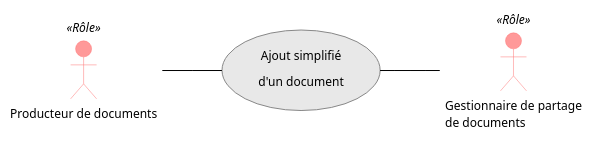
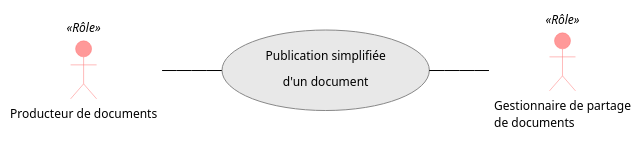
One commit to ansforge/IG-fhir-partage-de-documents-de-sante changed the diagram in input/images-source/fig_16.plantuml. Above: the diagram before and after it, drawn with PlantUML. The commit also changed 12 other files, not shown here.

```diff
--- a/input/images-source/fig_16.plantuml
+++ b/input/images-source/fig_16.plantuml
@@ -1,29 +1,29 @@
 @startuml
 skinparam backgroundColor white
 skinparam DefaultFontName Arial
 skinparam DefaultFontSize 12
 skinparam Padding 5
 
 skinparam usecase {
   BackgroundColor #e8e8e8
   BorderColor #888888
   BorderThickness 1
   FontSize 12
 }
 skinparam actor {
   BorderColor #FF7777
   BackgroundColor #FF9999
   FontColor #000000
   FontSize 12
 }
 skinparam ArrowColor #000000
 
 left to right direction
 
 actor "Producteur de documents" as PROD <<Rôle>>
-usecase "Ajout simplifié\nd'un document" as UC
+usecase "Publication simplifiée\nd'un document" as UC
 actor "Gestionnaire de partage\nde documents" as GEST <<Rôle>>
 
 PROD -- UC
 UC -- GEST
 @enduml
```
